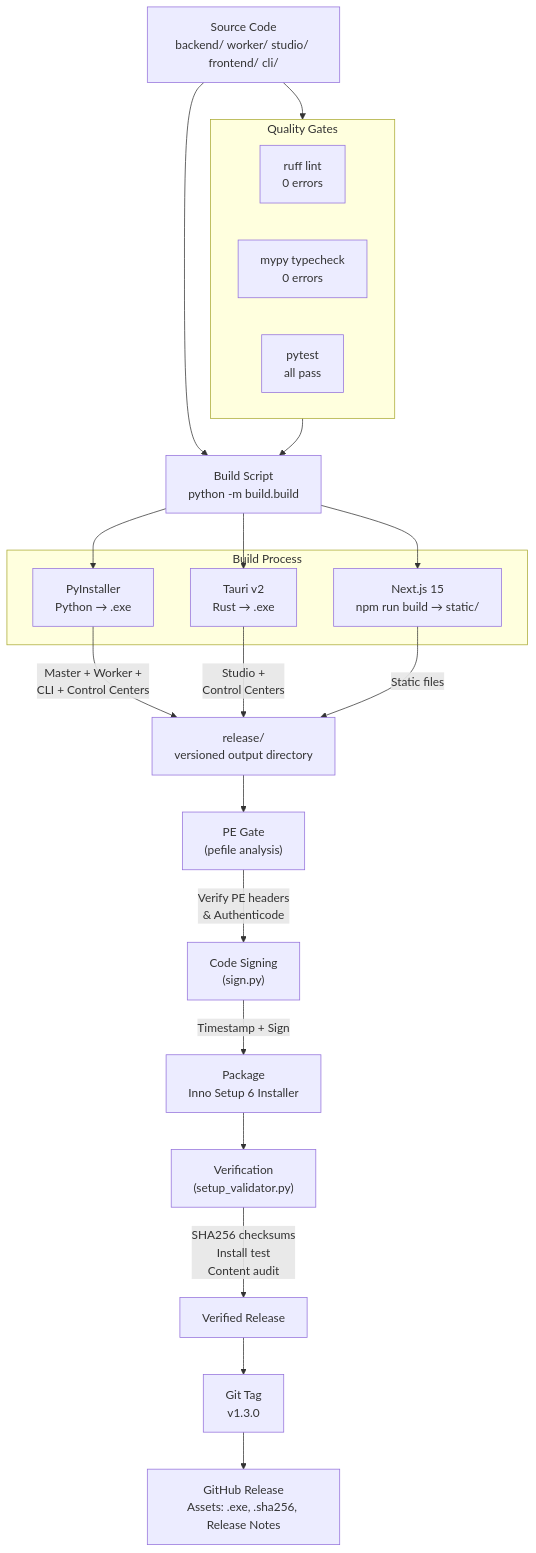
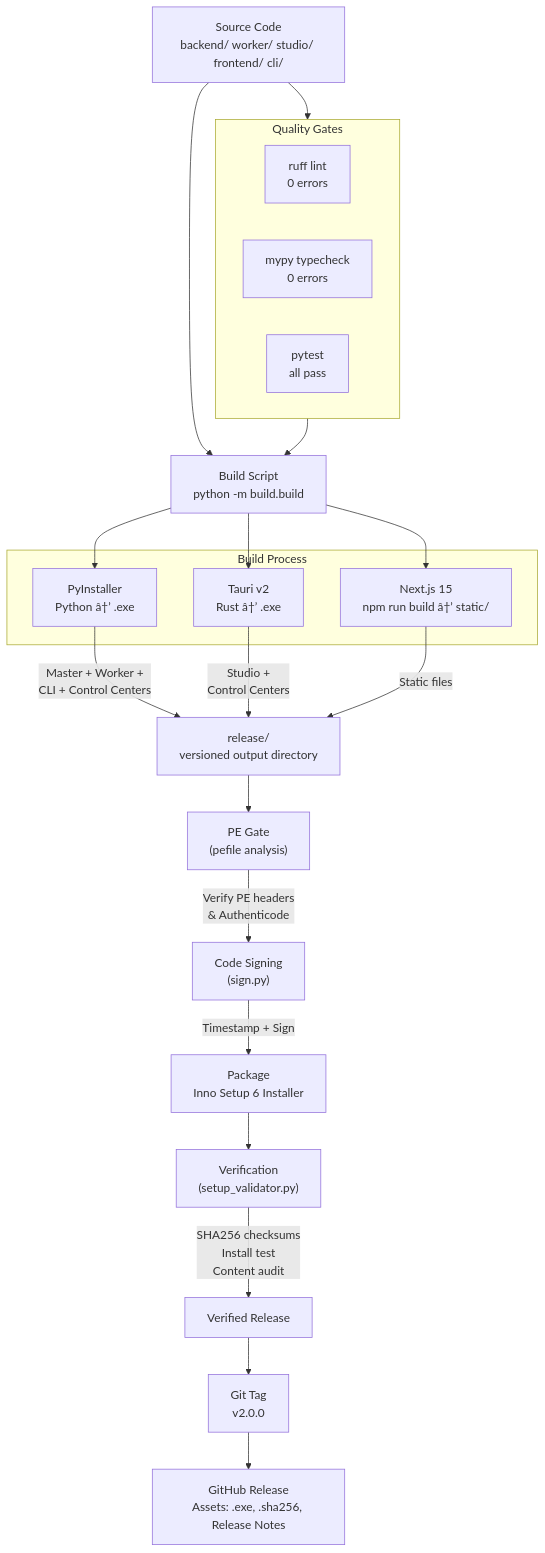
The tenth of 12 diagrams in docs/Architecture/MERMAID_DIAGRAMS.md (manojkumar12-maker/AICluster-Studio), drawn with Mermaid before and after one commit. The commit also changed other lines of this file and 133 other files, not shown here.

````diff
--- a/docs/Architecture/MERMAID_DIAGRAMS.md
+++ b/docs/Architecture/MERMAID_DIAGRAMS.md
@@ -444,38 +444,38 @@
 ```mermaid
 flowchart TD
     SOURCE["Source Code\nbackend/ worker/ studio/ frontend/ cli/"] --> BUILD["Build Script\npython -m build.build"]
 
     subgraph Builder["Build Process"]
-        PYINSTALLER["PyInstaller\nPython → .exe"]
-        TAURI["Tauri v2\nRust → .exe"]
-        FE_BUILD["Next.js 15\nnpm run build → static/"]
+        PYINSTALLER["PyInstaller\nPython â†’ .exe"]
+        TAURI["Tauri v2\nRust â†’ .exe"]
+        FE_BUILD["Next.js 15\nnpm run build â†’ static/"]
     end
 
     BUILD --> PYINSTALLER
     BUILD --> TAURI
     BUILD --> FE_BUILD
 
     PYINSTALLER -->|"Master + Worker +\nCLI + Control Centers"| RELEASE_DIR["release/\nversioned output directory"]
     TAURI -->|"Studio +\nControl Centers"| RELEASE_DIR
     FE_BUILD -->|"Static files"| RELEASE_DIR
 
     RELEASE_DIR --> PE_GATE["PE Gate\n(pefile analysis)"]
     PE_GATE -->|"Verify PE headers\n& Authenticode"| SIG["Code Signing\n(sign.py)"]
 
     SIG -->|"Timestamp + Sign"| PKG["Package\nInno Setup 6 Installer"]
 
     PKG --> VERIFY["Verification\n(setup_validator.py)"]
     VERIFY -->|"SHA256 checksums\nInstall test\nContent audit"| FINAL_VERIFIED["Verified Release"]
 
-    FINAL_VERIFIED --> RELEASE_TAG["Git Tag\nv1.3.0"]
+    FINAL_VERIFIED --> RELEASE_TAG["Git Tag\nv2.0.0"]
     RELEASE_TAG --> GITHUB["GitHub Release\nAssets: .exe, .sha256, Release Notes"]
 
     subgraph Checks["Quality Gates"]
         LINT["ruff lint\n0 errors"]
         TYPE["mypy typecheck\n0 errors"]
         TEST["pytest\nall pass"]
     end
 
     SOURCE --> Checks
     Checks --> BUILD
 ```
````
